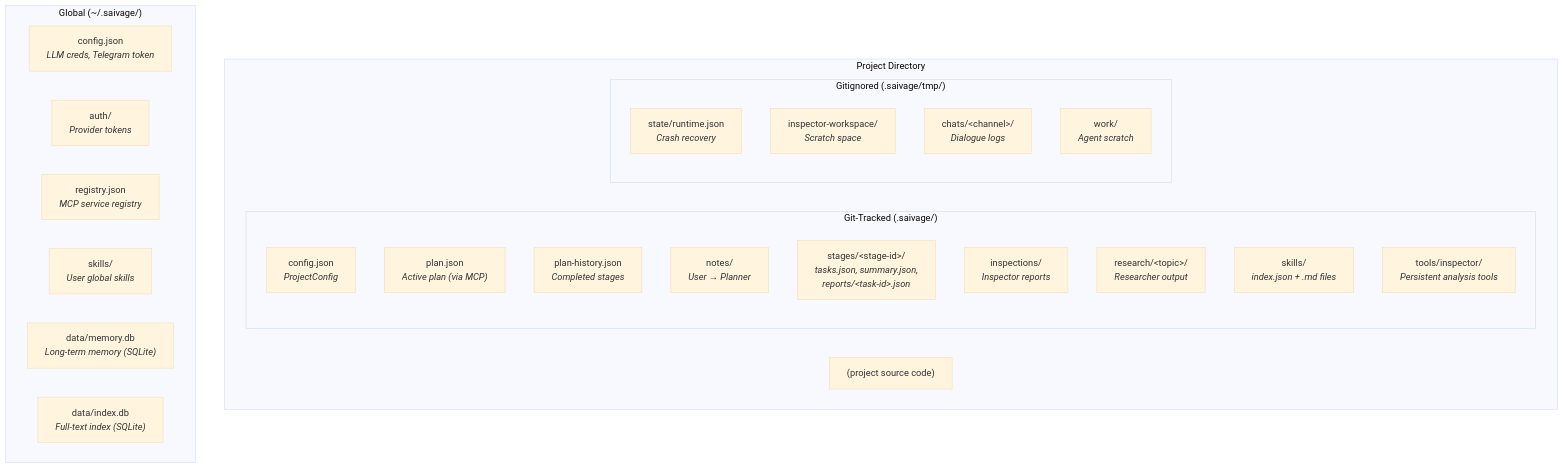
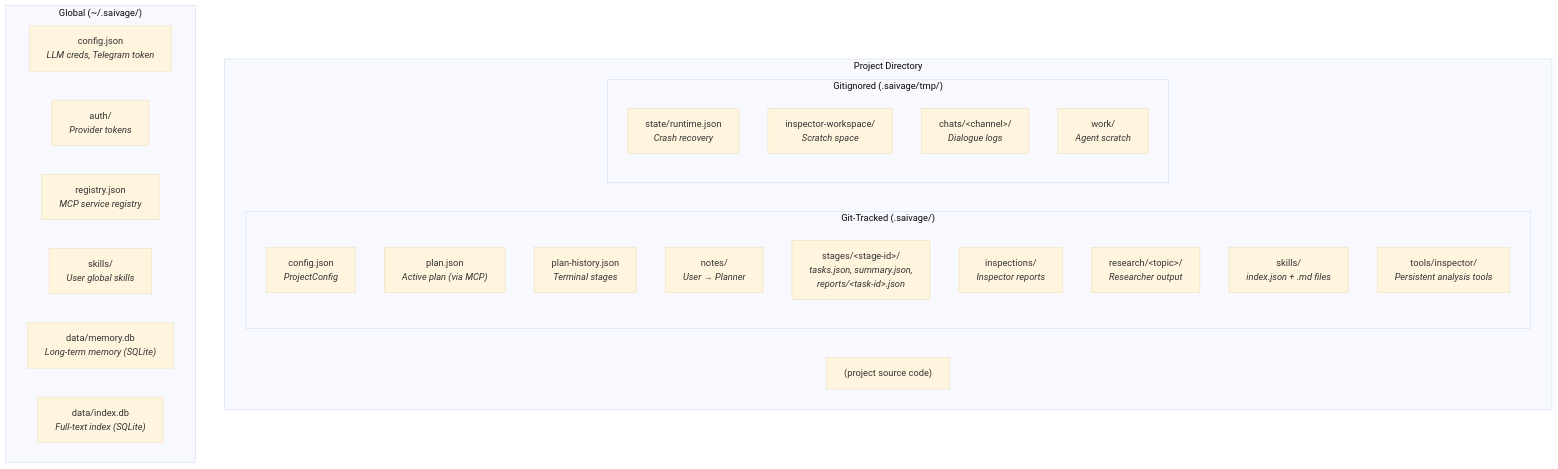
One commit to sfanapolo/saivage changed the third of 14 diagrams in SPEC/v2/06-SYSTEM-DESIGN.md. Above: the diagram before and after it, drawn with Mermaid (base theme). The commit also changed other lines of this file and 4 other files, not shown here.

````diff
--- a/SPEC/v2/06-SYSTEM-DESIGN.md
+++ b/SPEC/v2/06-SYSTEM-DESIGN.md
@@ -277,32 +277,32 @@
 ```mermaid
 graph TB
     subgraph "Project Directory"
         subgraph "Git-Tracked (.saivage/)"
             CONF["config.json<br/><i>ProjectConfig</i>"]
             PLAN["plan.json<br/><i>Active plan (via MCP)</i>"]
-            HIST["plan-history.json<br/><i>Completed stages</i>"]
+            HIST["plan-history.json<br/><i>Terminal stages</i>"]
             NOTES["notes/<br/><i>User → Planner</i>"]
             STAGES["stages/&lt;stage-id&gt;/<br/><i>tasks.json, summary.json,<br/>reports/&lt;task-id&gt;.json</i>"]
             INSP["inspections/<br/><i>Inspector reports</i>"]
             RESEARCH["research/&lt;topic&gt;/<br/><i>Researcher output</i>"]
             SKILLS["skills/<br/><i>index.json + .md files</i>"]
             TOOLS["tools/inspector/<br/><i>Persistent analysis tools</i>"]
         end
         subgraph "Gitignored (.saivage/tmp/)"
             RUNTIME["state/runtime.json<br/><i>Crash recovery</i>"]
             IWRK["inspector-workspace/<br/><i>Scratch space</i>"]
             CHATS["chats/&lt;channel&gt;/<br/><i>Dialogue logs</i>"]
             WORK["work/<br/><i>Agent scratch</i>"]
         end
         SRC["(project source code)"]
     end
 
     subgraph "Global (~/.saivage/)"
         GCONF["config.json<br/><i>LLM creds, Telegram token</i>"]
         AUTH["auth/<br/><i>Provider tokens</i>"]
         REG["registry.json<br/><i>MCP service registry</i>"]
         GSKILLS["skills/<br/><i>User global skills</i>"]
         MEMDB["data/memory.db<br/><i>Long-term memory (SQLite)</i>"]
         IDXDB["data/index.db<br/><i>Full-text index (SQLite)</i>"]
     end
 ```
````
